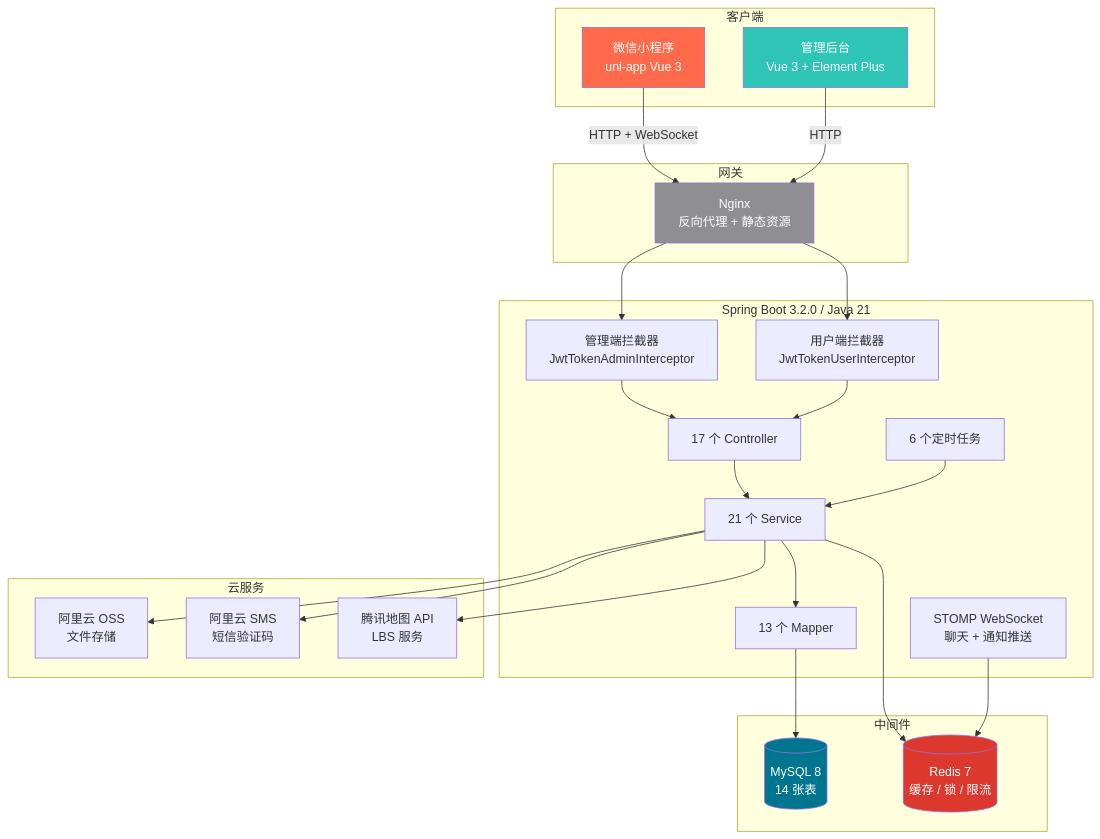
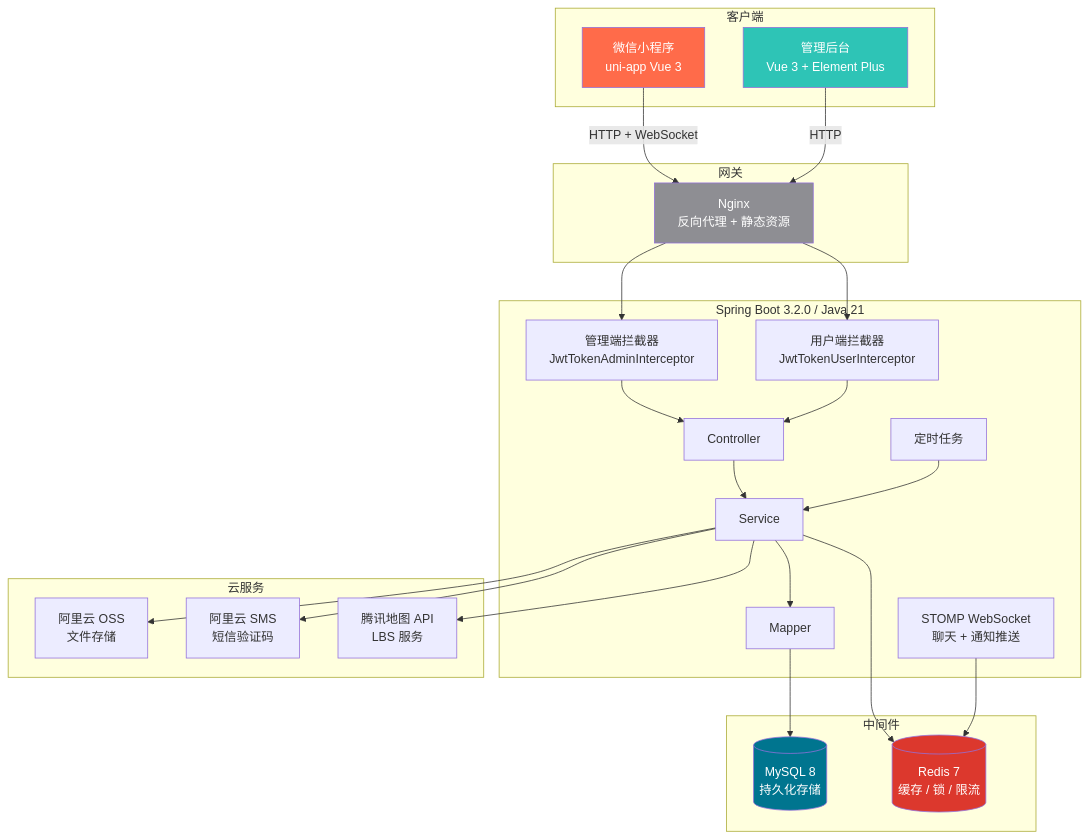
One commit to Ikeu-1030/iRun changed the first of 3 diagrams in README.md. Above: the diagram before and after it, drawn with Mermaid.

````diff
--- a/README.md
+++ b/README.md
@@ -49,54 +49,54 @@
 ```mermaid
 graph TB
     subgraph 客户端
         A[微信小程序<br/>uni-app Vue 3]
         B[管理后台<br/>Vue 3 + Element Plus]
     end
 
     subgraph 网关
         C[Nginx<br/>反向代理 + 静态资源]
     end
 
     subgraph 服务层["Spring Boot 3.2.0 / Java 21"]
         D[管理端拦截器<br/>JwtTokenAdminInterceptor]
         E[用户端拦截器<br/>JwtTokenUserInterceptor]
-        F[17 个 Controller]
-        G[21 个 Service]
-        H[13 个 Mapper]
-        I[6 个定时任务]
+        F[Controller]
+        G[Service]
+        H[Mapper]
+        I[定时任务]
         J[STOMP WebSocket<br/>聊天 + 通知推送]
     end
 
     subgraph 中间件
-        K[(MySQL 8<br/>14 张表)]
+        K[(MySQL 8<br/>持久化存储)]
         L[(Redis 7<br/>缓存 / 锁 / 限流)]
     end
 
     subgraph 云服务
         M[阿里云 OSS<br/>文件存储]
         N[阿里云 SMS<br/>短信验证码]
         O[腾讯地图 API<br/>LBS 服务]
     end
 
     A -->|HTTP + WebSocket| C
     B -->|HTTP| C
     C --> D
     C --> E
     D --> F
     E --> F
     F --> G
     G --> H
     H --> K
     G --> L
     G --> M
     G --> N
     G --> O
     I --> G
     J --> L
 
     style A fill:#FF6B4A,color:#fff
     style B fill:#2EC4B6,color:#fff
     style C fill:#8E8E93,color:#fff
     style K fill:#00758F,color:#fff
     style L fill:#DC382D,color:#fff
 ```
````
